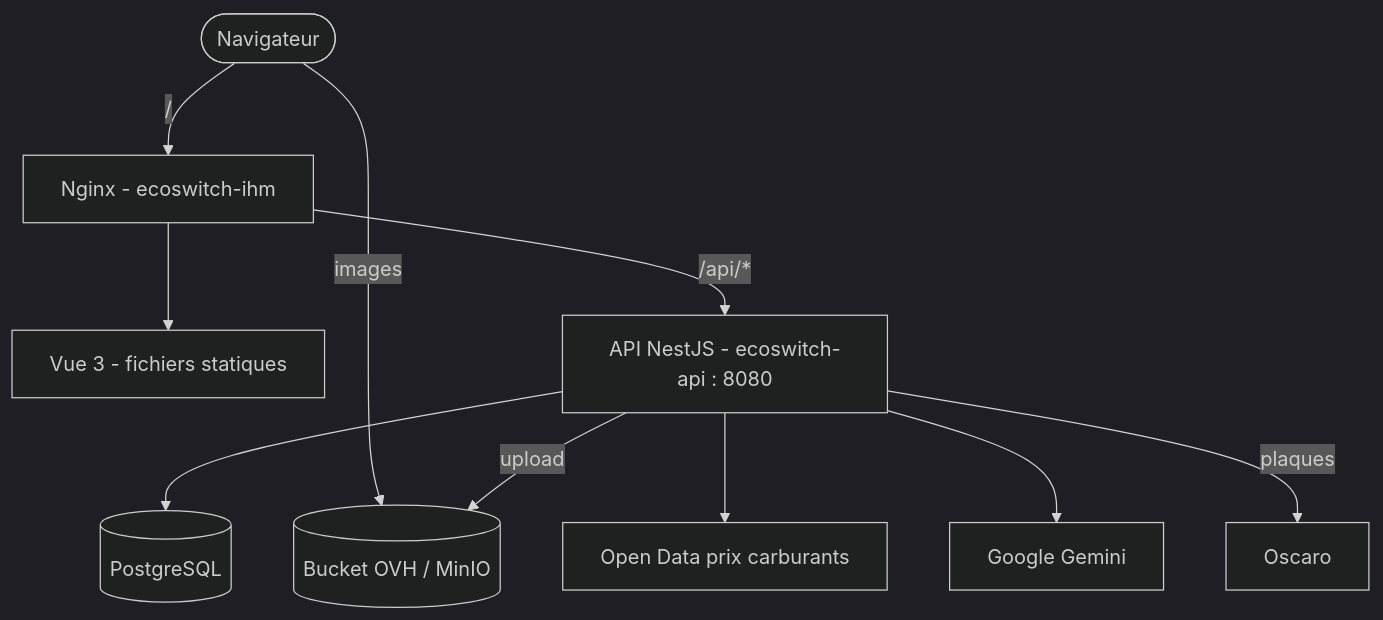
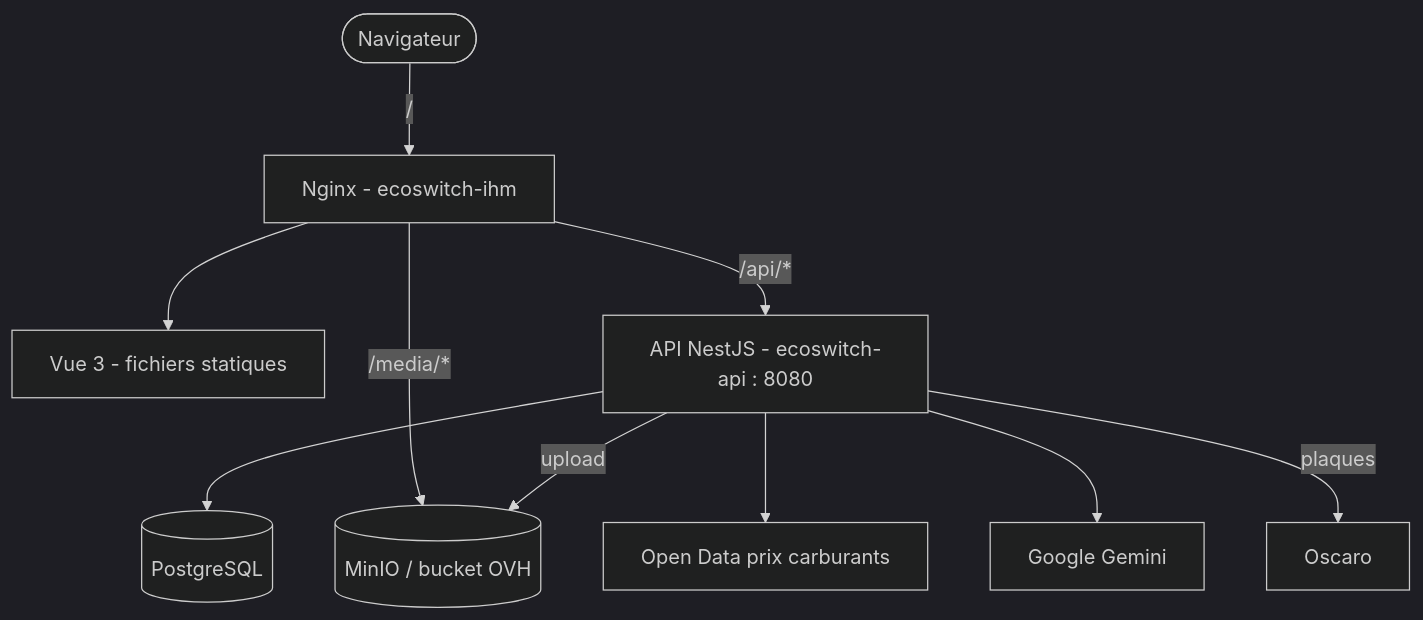
The diagram in docs/TECHNICAL.md (will971/ecoswitch), drawn with Mermaid (dark theme) before and after one commit. The commit also changed other lines of this file and 9 other files, not shown here.

````diff
--- a/docs/TECHNICAL.md
+++ b/docs/TECHNICAL.md
@@ -5,22 +5,22 @@
 ```mermaid
 graph TD
     User([Navigateur])
     Nginx[Nginx - ecoswitch-ihm]
     Vue[Vue 3 - fichiers statiques]
     API[API NestJS - ecoswitch-api : 8080]
     PG[(PostgreSQL)]
-    S3[(Bucket OVH / MinIO)]
+    S3[(MinIO / bucket OVH)]
     OD[Open Data prix carburants]
     GM[Google Gemini]
     OS[Oscaro]
 
     User -->|/| Nginx
     Nginx --> Vue
     Nginx -->|/api/*| API
-    User -->|images| S3
+    Nginx -->|/media/*| S3
     API --> PG
     API -->|upload| S3
     API --> OD
     API --> GM
     API -->|plaques| OS
 ```
````
